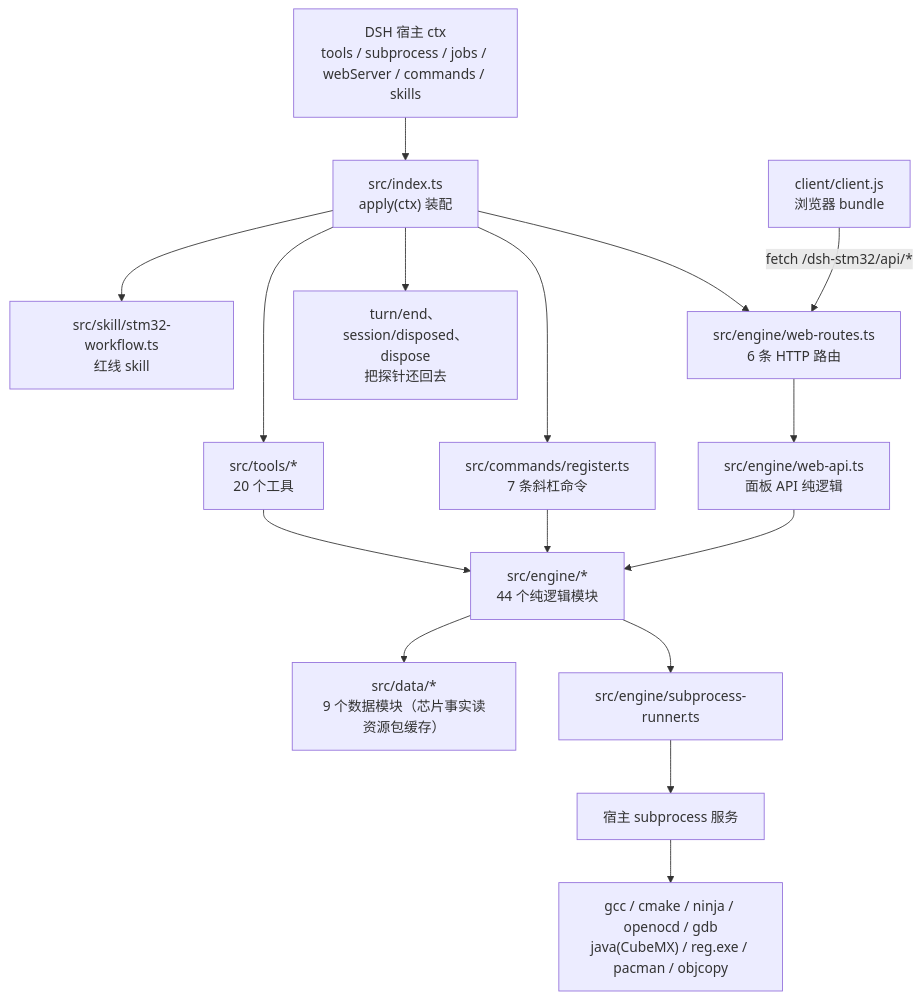
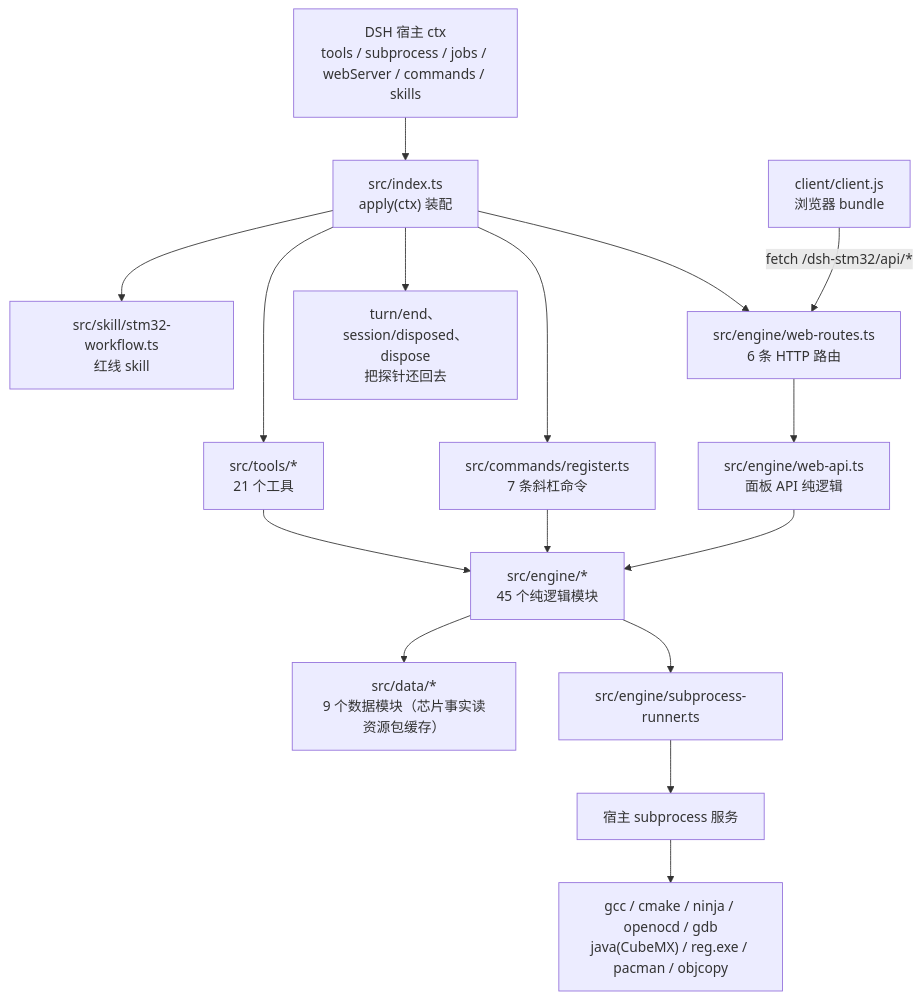
One commit to JingYu-er/dsh-stm32 changed the first of 15 diagrams in docs/reading-guide.md. Above: the diagram before and after it, drawn with Mermaid. The commit also changed other lines of this file and 21 other files, not shown here.

````diff
--- a/docs/reading-guide.md
+++ b/docs/reading-guide.md
@@ -44,18 +44,18 @@
 ```mermaid
 flowchart TD
   HOST["DSH 宿主 ctx<br/>tools / subprocess / jobs / webServer / commands / skills"] --> IDX["src/index.ts<br/>apply(ctx) 装配"]
-  IDX --> TOOLS["src/tools/*<br/>20 个工具"]
+  IDX --> TOOLS["src/tools/*<br/>21 个工具"]
   IDX --> CMDS["src/commands/register.ts<br/>7 条斜杠命令"]
   IDX --> SKILL["src/skill/stm32-workflow.ts<br/>红线 skill"]
   IDX --> WEB["src/engine/web-routes.ts<br/>6 条 HTTP 路由"]
   IDX --> EVT["turn/end、session/disposed、dispose<br/>把探针还回去"]
-  TOOLS --> ENGINE["src/engine/*<br/>44 个纯逻辑模块"]
+  TOOLS --> ENGINE["src/engine/*<br/>45 个纯逻辑模块"]
   CMDS --> ENGINE
   WEB --> API["src/engine/web-api.ts<br/>面板 API 纯逻辑"]
   API --> ENGINE
   ENGINE --> DATA["src/data/*<br/>9 个数据模块（芯片事实读资源包缓存）"]
   ENGINE --> RUN["src/engine/subprocess-runner.ts"]
   RUN --> OS["宿主 subprocess 服务"]
   OS --> BIN["gcc / cmake / ninja / openocd / gdb<br/>java(CubeMX) / reg.exe / pacman / objcopy"]
   CLIENT["client/client.js<br/>浏览器 bundle"] -->|"fetch /dsh-stm32/api/*"| WEB
 ```
````
